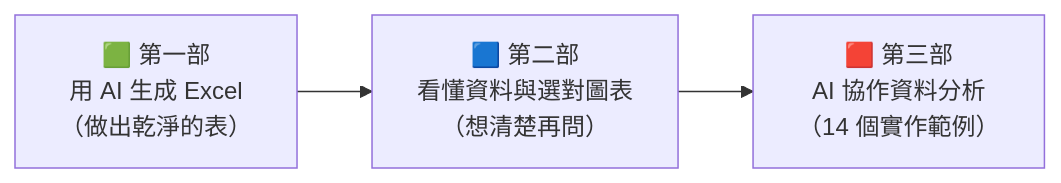
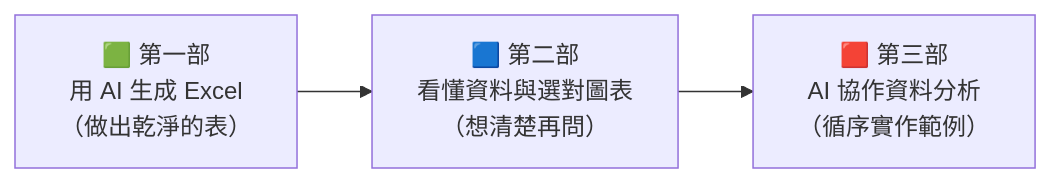
The diagram in README.md (roberthsu2003/ai-excel-analytics), drawn with Mermaid before and after one commit. The commit also changed other lines of this file and 4 other files, not shown here.

````diff
--- a/README.md
+++ b/README.md
@@ -14,4 +14,4 @@
 ```mermaid
 flowchart LR
-    A["🟩 第一部<br/>用 AI 生成 Excel<br/>（做出乾淨的表）"] --> B["🟦 第二部<br/>看懂資料與選對圖表<br/>（想清楚再問）"] --> C["🟥 第三部<br/>AI 協作資料分析<br/>（14 個實作範例）"]
+    A["🟩 第一部<br/>用 AI 生成 Excel<br/>（做出乾淨的表）"] --> B["🟦 第二部<br/>看懂資料與選對圖表<br/>（想清楚再問）"] --> C["🟥 第三部<br/>AI 協作資料分析<br/>（循序實作範例）"]
 ```
````
